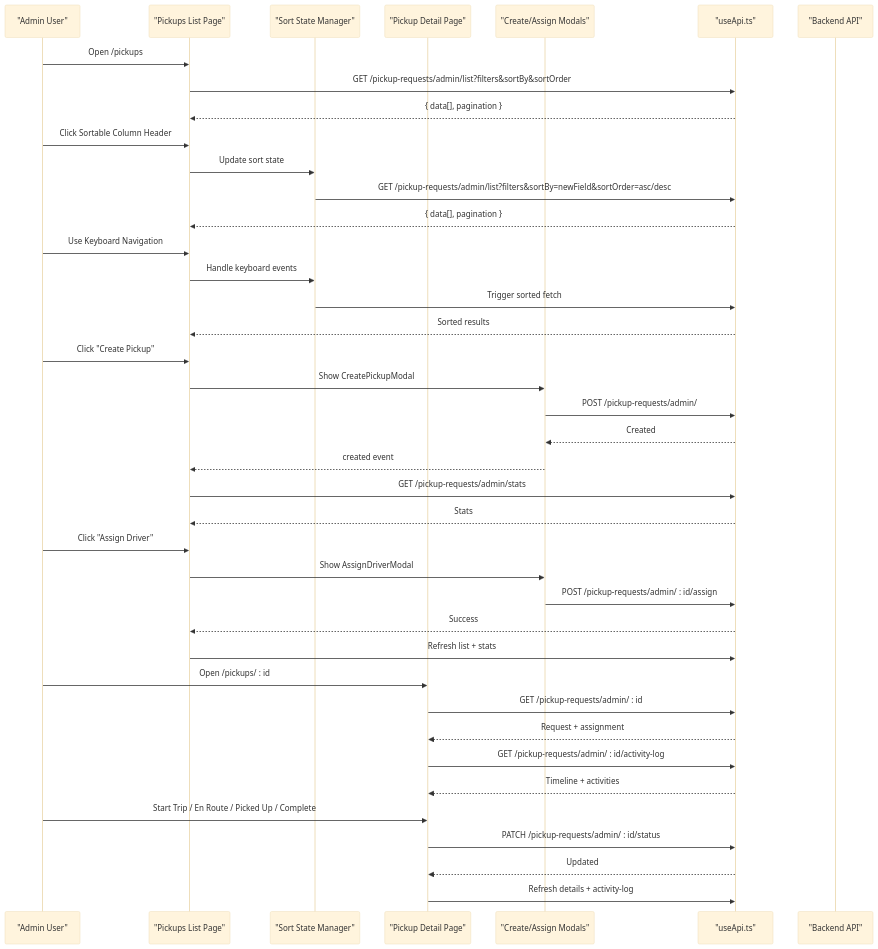
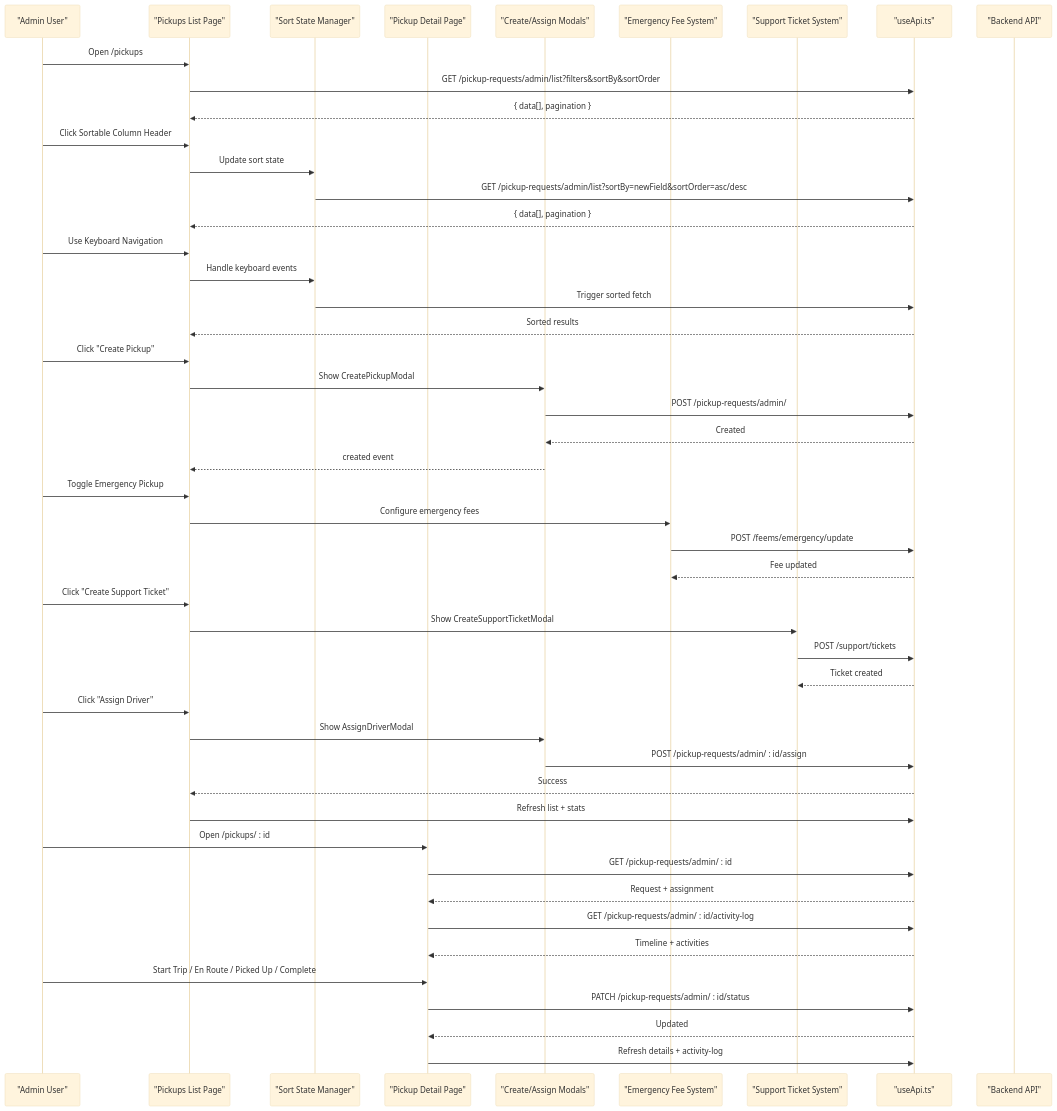
One commit to Lazynerd-Studios/lacarte-atlas-console changed the second of 10 diagrams in .qoder/repowiki/en/content/Business Modules/Pickup Operations.md. Above: the diagram before and after it, drawn with Mermaid (base theme). The commit also changed other lines of this file and 23 other files, not shown here.

````diff
--- a/.qoder/repowiki/en/content/Business Modules/Pickup Operations.md
+++ b/.qoder/repowiki/en/content/Business Modules/Pickup Operations.md
@@ -120,42 +157,50 @@
 ```mermaid
 sequenceDiagram
 participant Admin as "Admin User"
 participant List as "Pickups List Page"
 participant SortManager as "Sort State Manager"
 participant Detail as "Pickup Detail Page"
 participant Modal as "Create/Assign Modals"
+participant EmergencyFee as "Emergency Fee System"
+participant Support as "Support Ticket System"
 participant API as "useApi.ts"
 participant Backend as "Backend API"
 Admin->>List : Open /pickups
 List->>API : GET /pickup-requests/admin/list?filters&sortBy&sortOrder
 API-->>List : { data[], pagination }
 Admin->>List : Click Sortable Column Header
 List->>SortManager : Update sort state
-SortManager->>API : GET /pickup-requests/admin/list?filters&sortBy=newField&sortOrder=asc/desc
+SortManager->>API : GET /pickup-requests/admin/list?sortBy=newField&sortOrder=asc/desc
 API-->>List : { data[], pagination }
 Admin->>List : Use Keyboard Navigation
 List->>SortManager : Handle keyboard events
 SortManager->>API : Trigger sorted fetch
 API-->>List : Sorted results
 Admin->>List : Click "Create Pickup"
 List->>Modal : Show CreatePickupModal
 Modal->>API : POST /pickup-requests/admin/
 API-->>Modal : Created
 Modal-->>List : created event
-List->>API : GET /pickup-requests/admin/stats
-API-->>List : Stats
+Admin->>List : Toggle Emergency Pickup
+List->>EmergencyFee : Configure emergency fees
+EmergencyFee->>API : POST /feems/emergency/update
+API-->>EmergencyFee : Fee updated
+Admin->>List : Click "Create Support Ticket"
+List->>Support : Show CreateSupportTicketModal
+Support->>API : POST /support/tickets
+API-->>Support : Ticket created
 Admin->>List : Click "Assign Driver"
 List->>Modal : Show AssignDriverModal
 Modal->>API : POST /pickup-requests/admin/ : id/assign
 API-->>List : Success
 List->>API : Refresh list + stats
 Admin->>Detail : Open /pickups/ : id
 Detail->>API : GET /pickup-requests/admin/ : id
 API-->>Detail : Request + assignment
 Detail->>API : GET /pickup-requests/admin/ : id/activity-log
 API-->>Detail : Timeline + activities
 Admin->>Detail : Start Trip / En Route / Picked Up / Complete
 Detail->>API : PATCH /pickup-requests/admin/ : id/status
 API-->>Detail : Updated
 Detail->>API : Refresh details + activity-log
 ```
````
